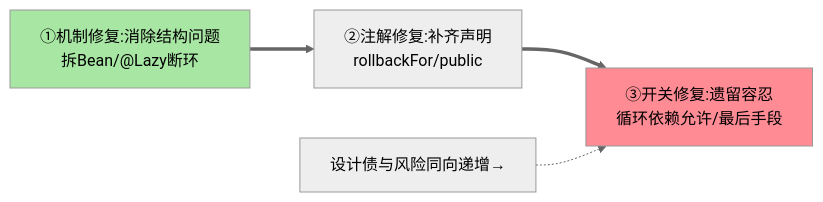
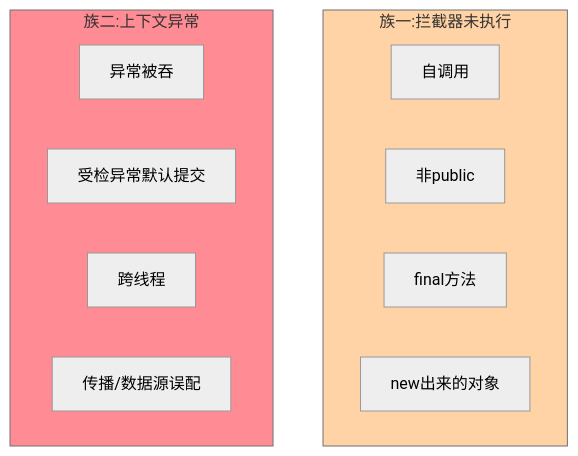
Before and after one commit to xiaobo1997/programmer-knowledge-graph: the third of 4 diagrams in docs/backend/java/ecosystem/spring-boot/专题层/SpringBoot数据与事务深度/1_事务失效场景排查手册-深度.md, drawn with Mermaid (neutral theme). The commit also changed other lines of this file and 137 other files, not shown here.

````diff
--- a/docs/backend/java/ecosystem/spring-boot/专题层/SpringBoot数据与事务深度/1_事务失效场景排查手册-深度.md
+++ b/docs/backend/java/ecosystem/spring-boot/专题层/SpringBoot数据与事务深度/1_事务失效场景排查手册-深度.md
@@ -51,8 +270,17 @@
 ```mermaid
-flowchart LR
-    R1["①机制修复:消除结构问题<br/>拆Bean/@Lazy断环"] ==> R2["②注解修复:补齐声明<br/>rollbackFor/public"]
-    R2 ==> R3["③开关修复:遗留容忍<br/>循环依赖允许/最后手段"]
-    COST["设计债与风险同向递增→"] -.-> R3
-    style R1 fill:#a8e6a3
-    style R3 fill:#ff8b94
+flowchart TD
+    subgraph 族一 ["族一:拦截器未执行"]
+        S1["自调用"]
+        S2["非public"]
+        S3["final方法"]
+        S4["new出来的对象"]
+    end
+    subgraph 族二 ["族二:上下文异常"]
+        S5["异常被吞"]
+        S6["受检异常默认提交"]
+        S7["跨线程"]
+        S8["传播/数据源误配"]
+    end
+    style 族一 fill:#ffd3a5
+    style 族二 fill:#ff8b94
 ```
````
